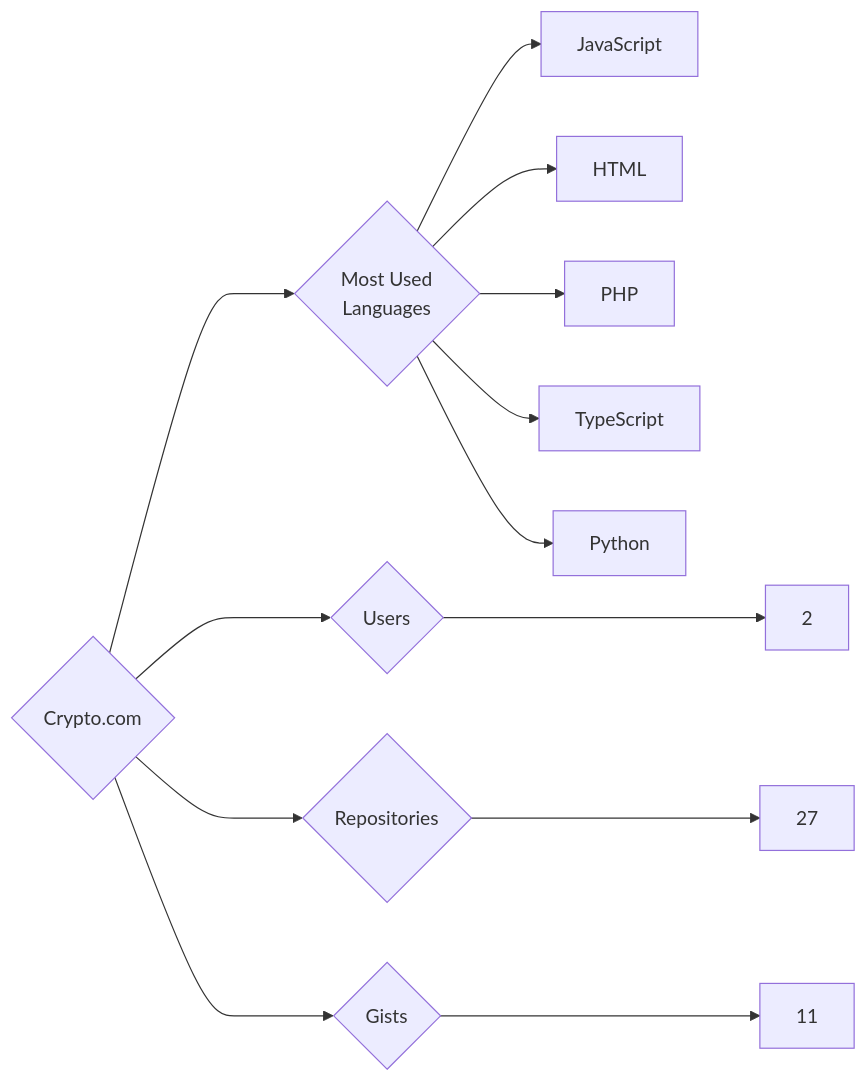
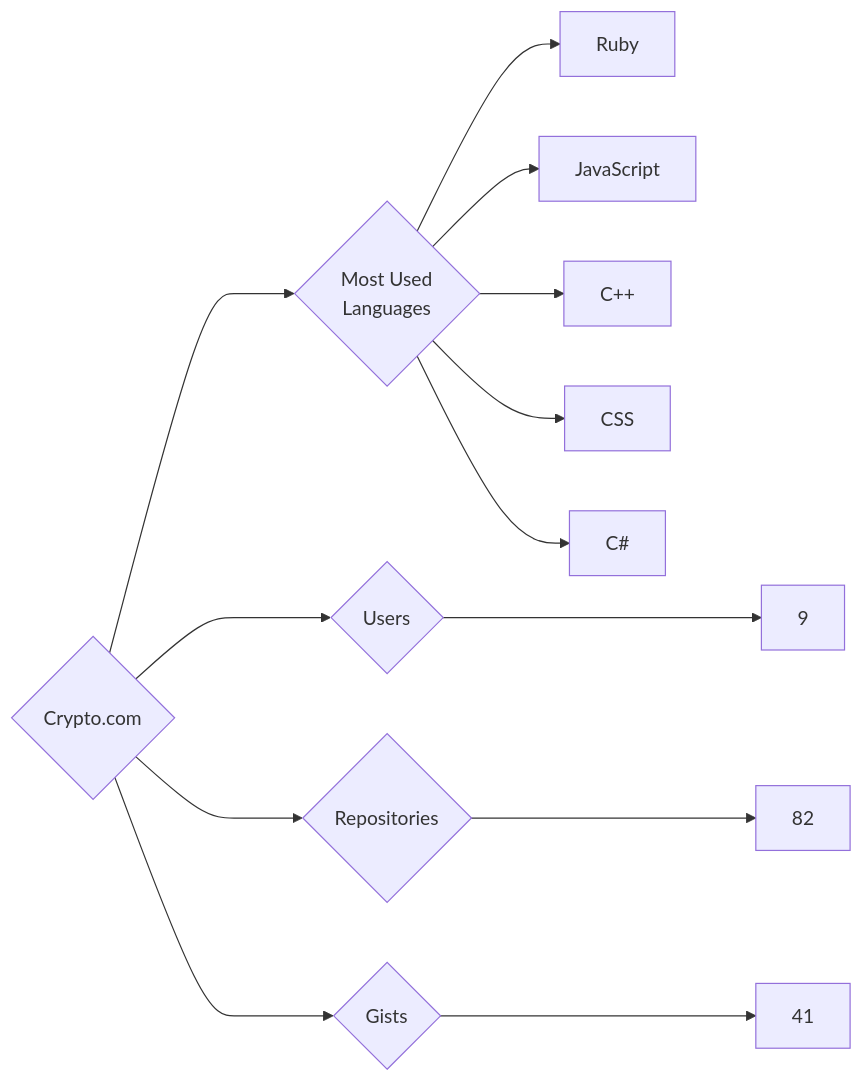
One commit to trickest/insiders changed the diagram in targets/Crypto.com/README.md. Above: the diagram before and after it, drawn with Mermaid. The commit also changed 872 other files, not shown here.

````diff
--- a/targets/Crypto.com/README.md
+++ b/targets/Crypto.com/README.md
@@ -3,13 +3,13 @@
 ```mermaid
 graph LR
 COMPANY_NAME{Crypto.com}
-COMPANY_NAME ---> U{Users} ---> UN[2]
-COMPANY_NAME ---> R{Repositories} ---> RN[27]
-COMPANY_NAME ---> G{Gists} ---> GN[11]
+COMPANY_NAME ---> U{Users} ---> UN[9]
+COMPANY_NAME ---> R{Repositories} ---> RN[82]
+COMPANY_NAME ---> G{Gists} ---> GN[41]
 COMPANY_NAME ---> ML{Most Used<br>Languages}
+ML --> Ruby[Ruby]
 ML --> JavaScript[JavaScript]
-ML --> HTML[HTML]
-ML --> PHP[PHP]
-ML --> TypeScript[TypeScript]
-ML --> Python[Python]
+ML --> C++[C++]
+ML --> CSS[CSS]
+ML --> C#[C#]
 ```
````
